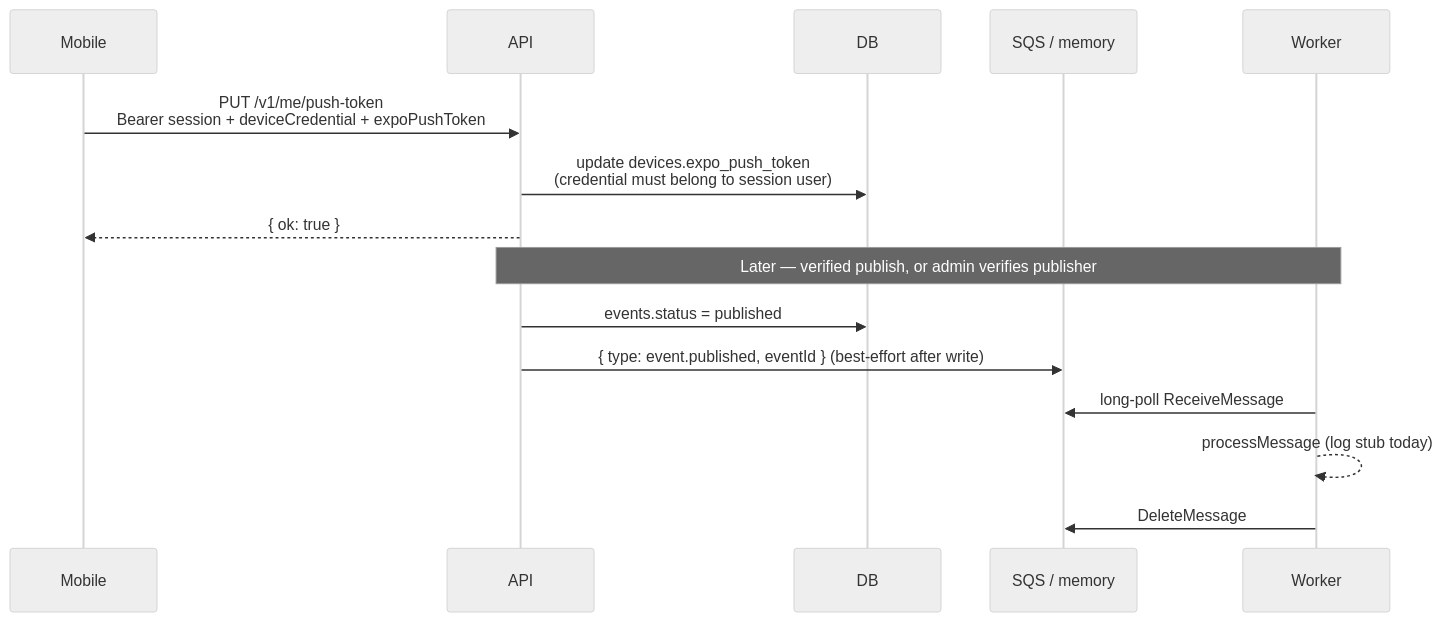
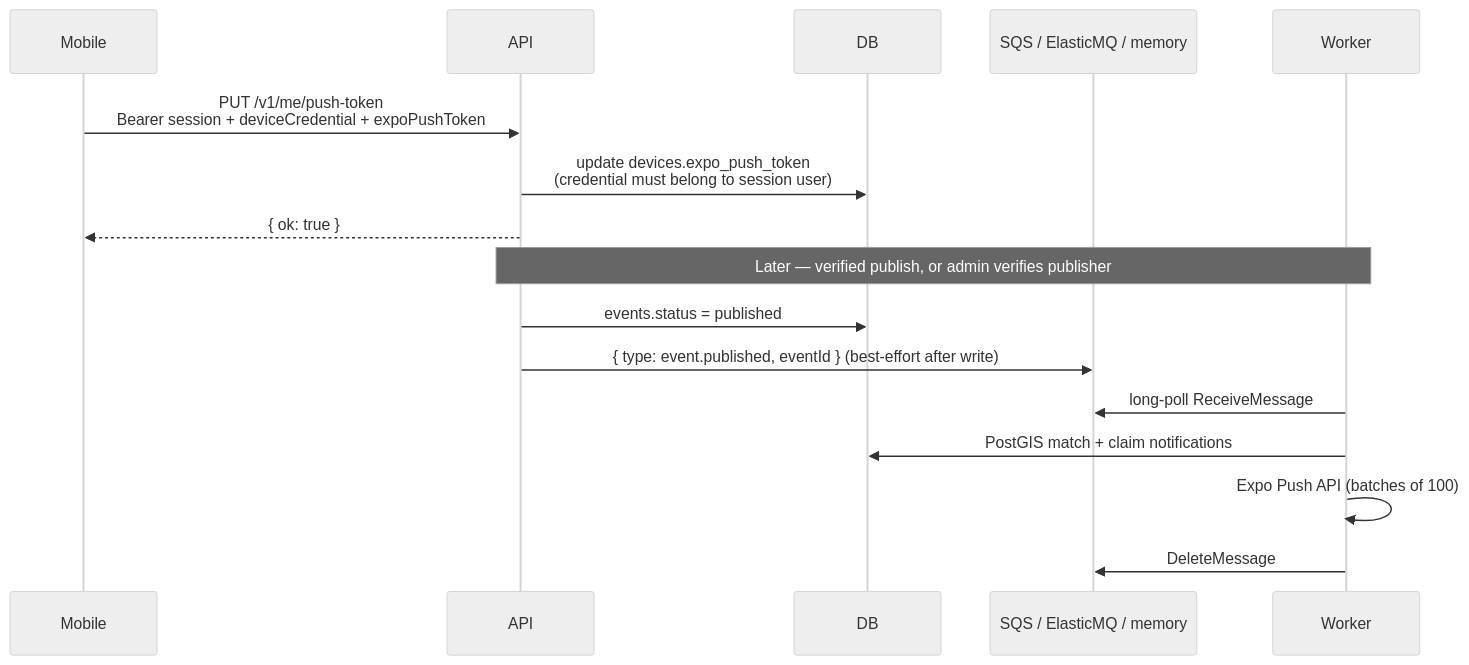
One commit to BradleySmallbottoms/evently changed the diagram in docs/flows/push-and-domain-events.md. Above: the diagram before and after it, drawn with Mermaid (neutral theme). The commit also changed other lines of this file and 49 other files, not shown here.

````diff
--- a/docs/flows/push-and-domain-events.md
+++ b/docs/flows/push-and-domain-events.md
@@ -8,19 +9,20 @@
 ```mermaid
 sequenceDiagram
   participant Mobile
   participant API
   participant DB
-  participant Queue as SQS / memory
+  participant Queue as SQS / ElasticMQ / memory
   participant Worker
 
   Mobile->>API: PUT /v1/me/push-token<br/>Bearer session + deviceCredential + expoPushToken
   API->>DB: update devices.expo_push_token<br/>(credential must belong to session user)
   API-->>Mobile: { ok: true }
 
   Note over API,Worker: Later — verified publish, or admin verifies publisher
   API->>DB: events.status = published
   API->>Queue: { type: event.published, eventId } (best-effort after write)
   Worker->>Queue: long-poll ReceiveMessage
-  Worker-->>Worker: processMessage (log stub today)
+  Worker->>DB: PostGIS match + claim notifications
+  Worker->>Worker: Expo Push API (batches of 100)
   Worker->>Queue: DeleteMessage
 ```
````
